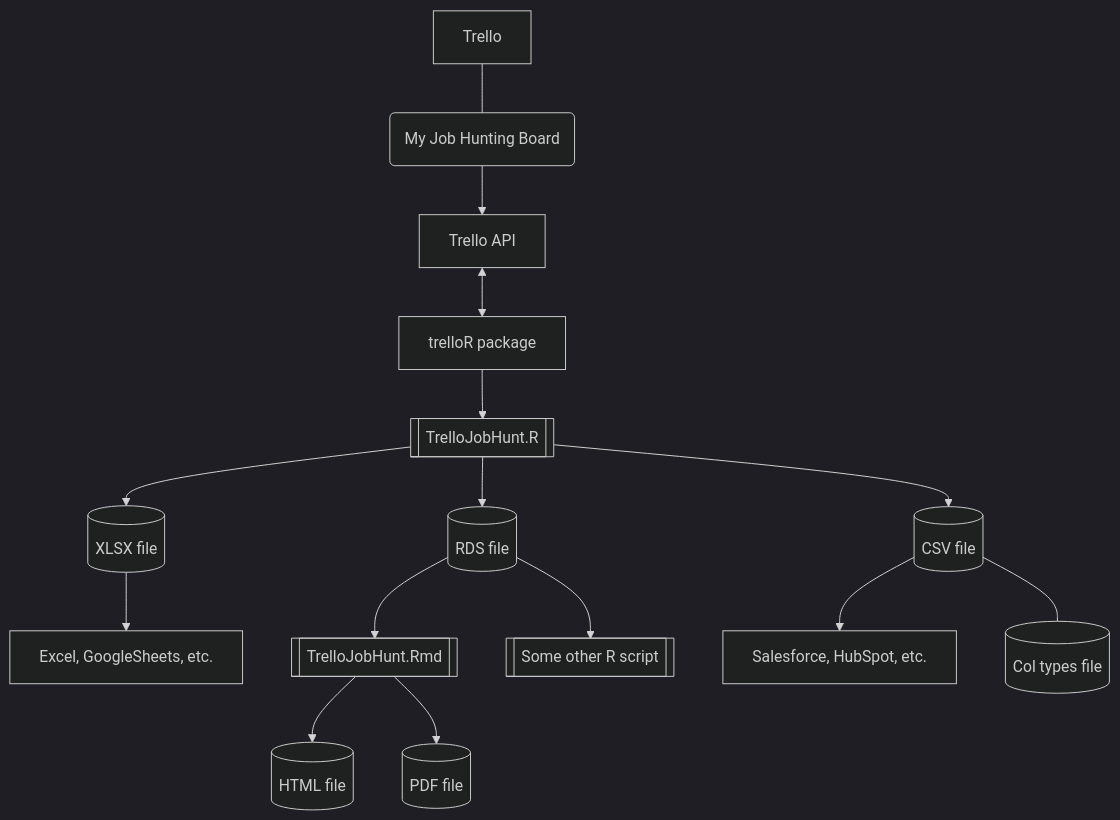
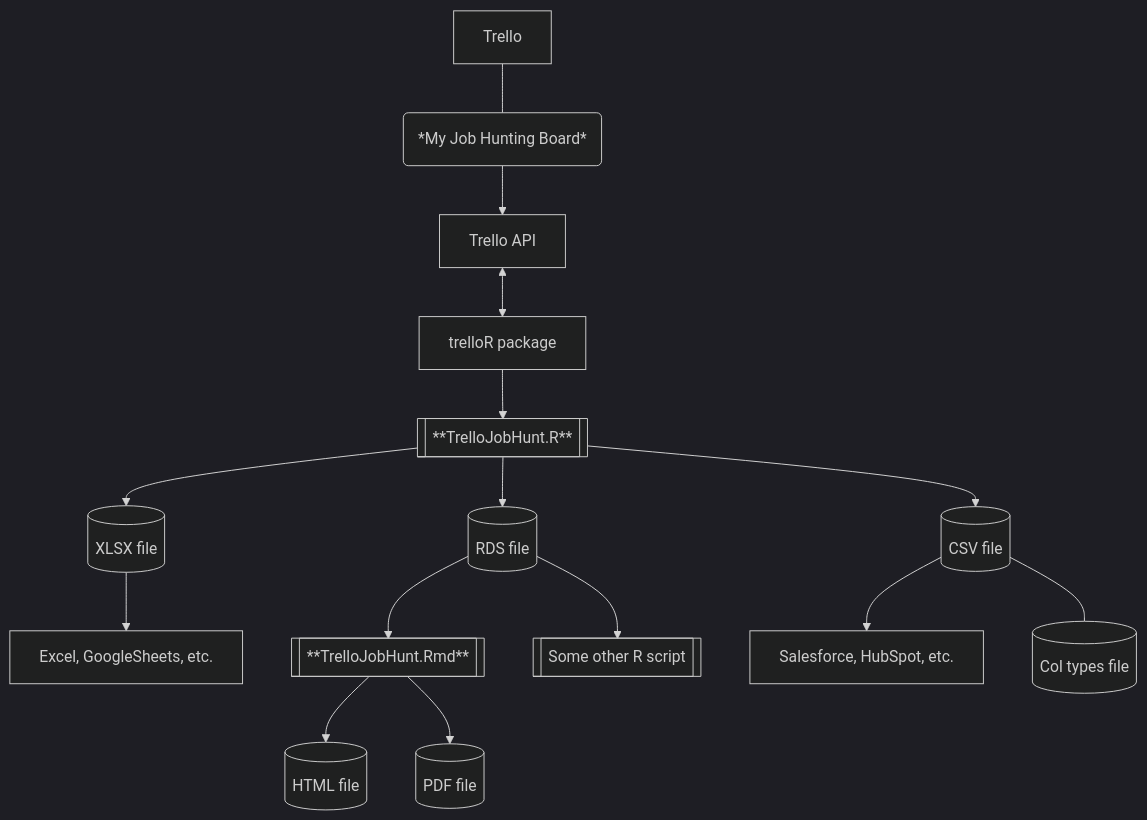
Before and after one commit to ccowens/trello-dump: the first of 2 diagrams in README.md, drawn with Mermaid (dark theme).

````diff
--- a/README.md
+++ b/README.md
@@ -10,18 +10,18 @@
 ```mermaid
 graph 
-    Z[Trello] --- Y(My Job Hunting Board)
+    Z[Trello] --- Y(*My Job Hunting Board*)
     Y --> X[Trello API] 
     X <--> W[trelloR package] 
     W --> A
-    A[[TrelloJobHunt.R]] --> B[(XLSX file)]
+    A[[**TrelloJobHunt.R**]] --> B[(XLSX file)]
     A --> C[(RDS file)]
     A --> G[(CSV file)]
     B --> D[Excel, GoogleSheets, etc.]
-    C --> E[[TrelloJobHunt.Rmd]]
+    C --> E[[**TrelloJobHunt.Rmd**]]
     E --> J[(HTML file)]
     E --> K[(PDF file)]
     C --> F[[Some other R script]]
     G --> H[Salesforce, HubSpot, etc.]
     G --- I[(Col types file)]
    
 ```
````
